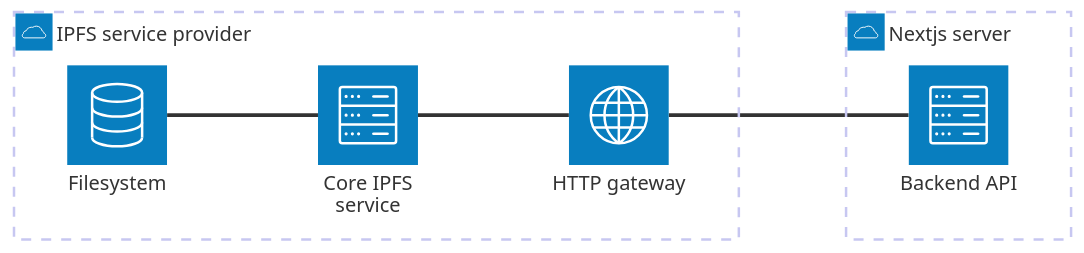
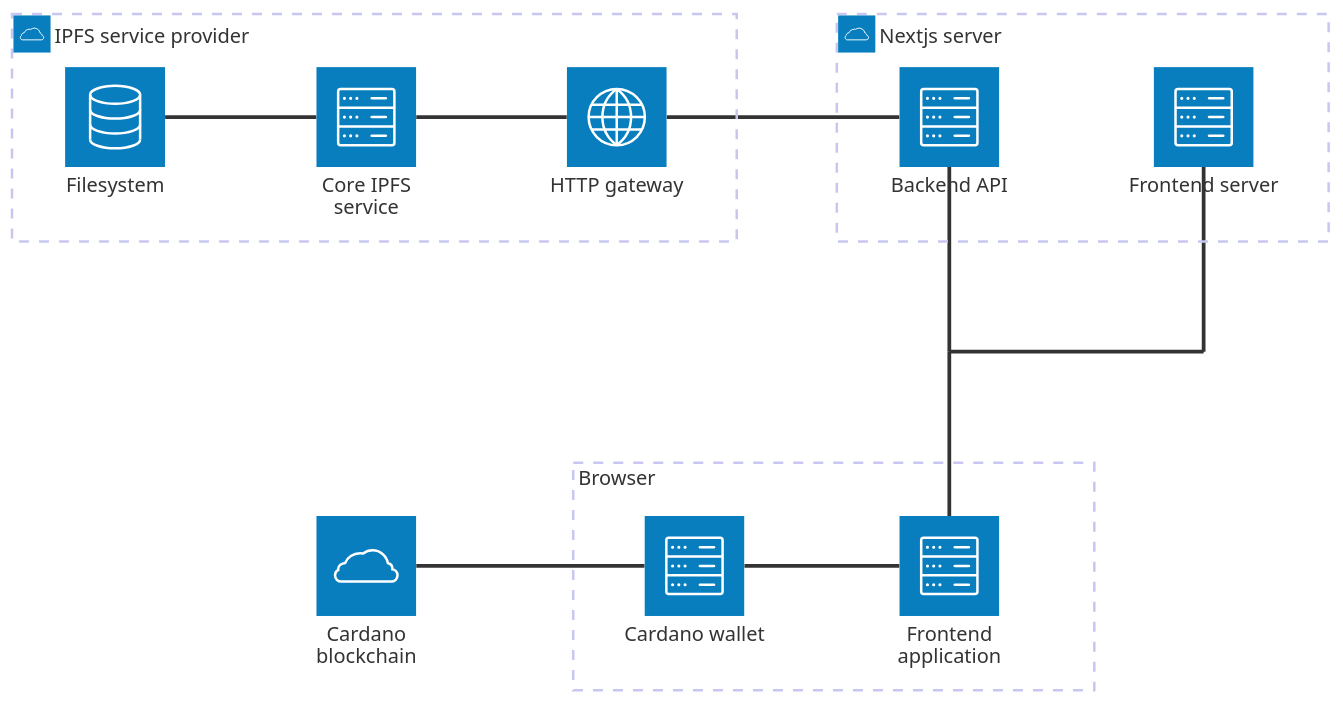
One commit to WingRiders/nft-forge changed the first of 4 diagrams in docs/architecture.md. Above: the diagram before and after it, drawn with Mermaid. The commit also changed other lines of this file and 7 other files, not shown here.

Commit message:
Add frontend architecture and design docs (#13)

````diff
--- a/docs/architecture.md
+++ b/docs/architecture.md
@@ -23,15 +35,31 @@
 ```mermaid
 architecture-beta
     group next_server(cloud)[Nextjs server]
     service be(server)[Backend API] in next_server
+    service fe_server(server)[Frontend server] in next_server
 
     group ipfs_provider(cloud)[IPFS service provider]
     service ipfs_core(server)[Core IPFS service] in ipfs_provider
     service ipfs_api(internet)[HTTP gateway] in ipfs_provider
     service ipfs_storage(database)[Filesystem] in ipfs_provider
 
     ipfs_core:L -- R:ipfs_storage
     ipfs_core:R -- L:ipfs_api
 
+    group browser[Browser]
+    service fe_app(server)[Frontend application] in browser
+    service wallet(server)[Cardano wallet] in browser
+    fe_app:L -- R:wallet
+
+    service blockchain(cloud)[Cardano blockchain]
+    wallet:L -- R:blockchain
+
     be:L -- R:ipfs_api
+
+    junction junction_app_l
+    junction junction_app_r
+    fe_app:T -- B:junction_app_l
+    junction_app_l:T -- B:be
+    junction_app_l:R -- L:junction_app_r
+    junction_app_r:T -- B:fe_server
 ```
````
